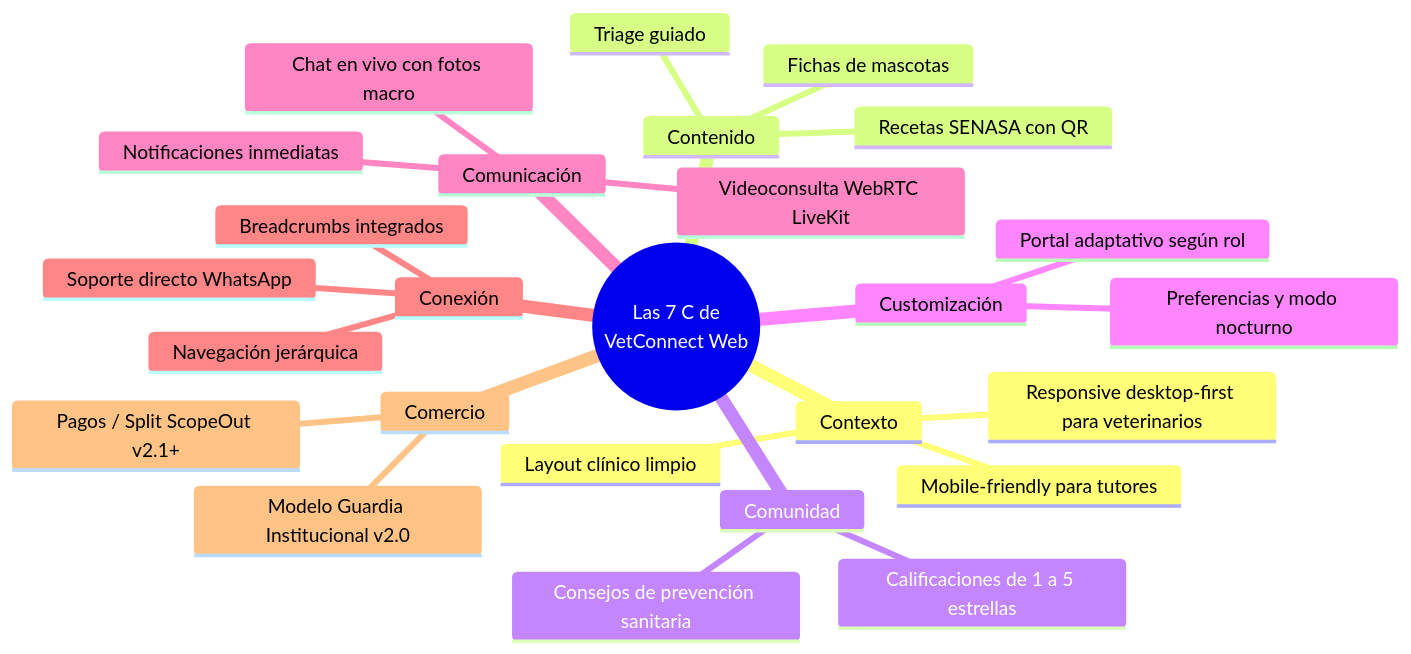
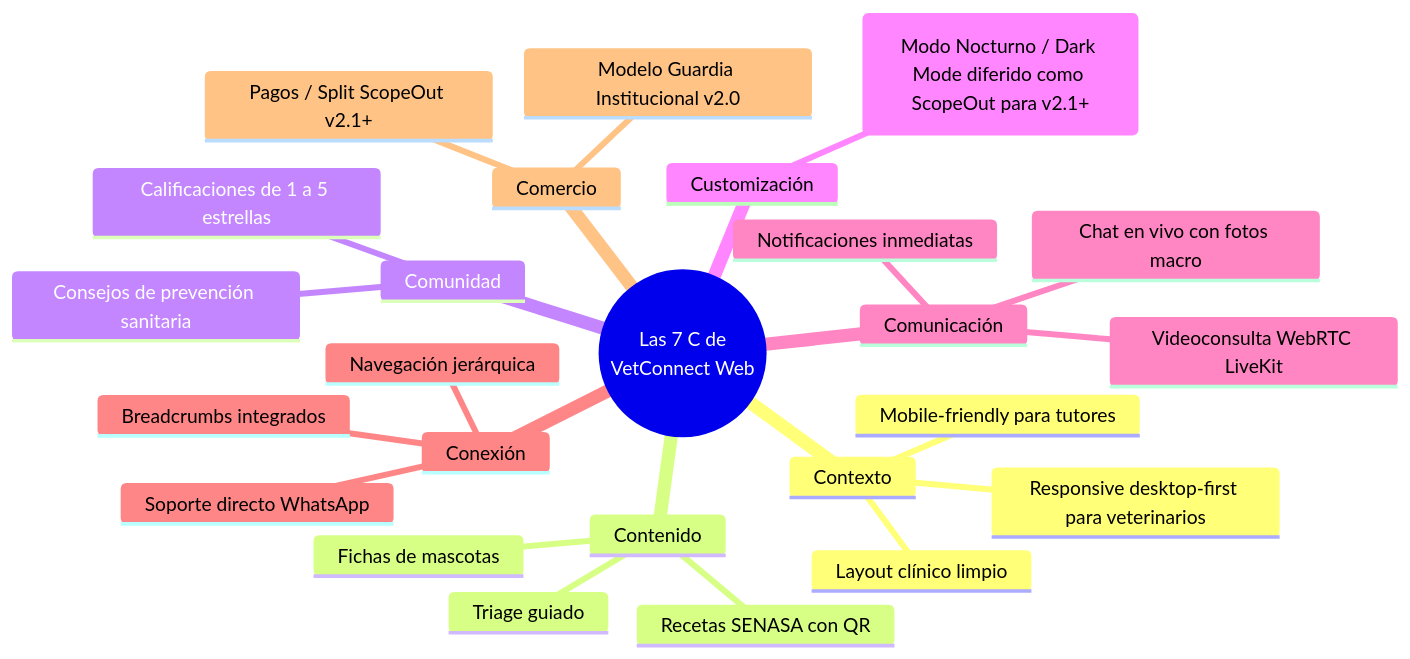
Before and after one commit to grupo-pinnacle/VetConnect: the diagram in docs/web/01_ESTRATEGIA_Y_RELEVAMIENTO.md, drawn with Mermaid. The commit also changed other lines of this file and 7 other files, not shown here.

````diff
--- a/docs/web/01_ESTRATEGIA_Y_RELEVAMIENTO.md
+++ b/docs/web/01_ESTRATEGIA_Y_RELEVAMIENTO.md
@@ -82,29 +82,28 @@
 ```mermaid
 mindmap
   root((Las 7 C de<br/>VetConnect Web))
     Contexto
       Layout clínico limpio
       Responsive desktop-first para veterinarios
       Mobile-friendly para tutores
     Contenido
       Triage guiado
       Fichas de mascotas
       Recetas SENASA con QR
     Comunidad
       Calificaciones de 1 a 5 estrellas
       Consejos de prevención sanitaria
     Customización
-      Portal adaptativo según rol
-      Preferencias y modo nocturno
+      Portal adaptativo según rol y preferencias clínicas (Modo Nocturno / Dark Mode diferido como ScopeOut para v2.1+)
     Comunicación
       Videoconsulta WebRTC LiveKit
       Chat en vivo con fotos macro
       Notificaciones inmediatas
     Conexión
       Navegación jerárquica
       Breadcrumbs integrados
       Soporte directo WhatsApp
     Comercio
       Modelo Guardia Institucional v2.0
       Pagos / Split ScopeOut v2.1+
 ```
````
